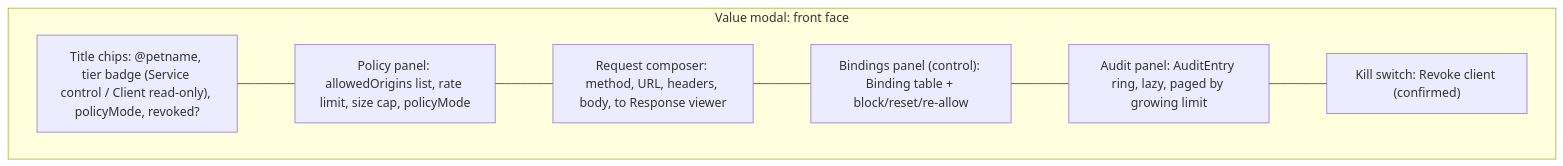
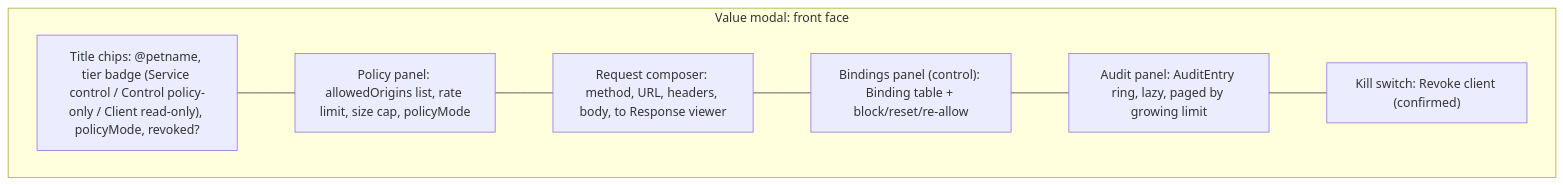
Before and after one commit to endojs/endo-but-for-bots: the second of 2 diagrams in designs/chat-http-controller-ui.md, drawn with Mermaid. The commit also changed other lines of this file, not shown here.

````diff
--- a/designs/chat-http-controller-ui.md
+++ b/designs/chat-http-controller-ui.md
@@ -395,12 +409,12 @@
 ```mermaid
 flowchart TD
   subgraph Modal["Value modal: front face"]
-    H["Title chips: @petname, tier badge (Service control / Client read-only), policyMode, revoked?"]
+    H["Title chips: @petname, tier badge (Service control / Control policy-only / Client read-only), policyMode, revoked?"]
     P["Policy panel: allowedOrigins list, rate limit, size cap, policyMode"]
     RC["Request composer: method, URL, headers, body, to Response viewer"]
     B["Bindings panel (control): Binding table + block/reset/re-allow"]
     A["Audit panel: AuditEntry ring, lazy, paged by growing limit"]
     K["Kill switch: Revoke client (confirmed)"]
   end
   H --- P --- RC --- B --- A --- K
 ```
````
